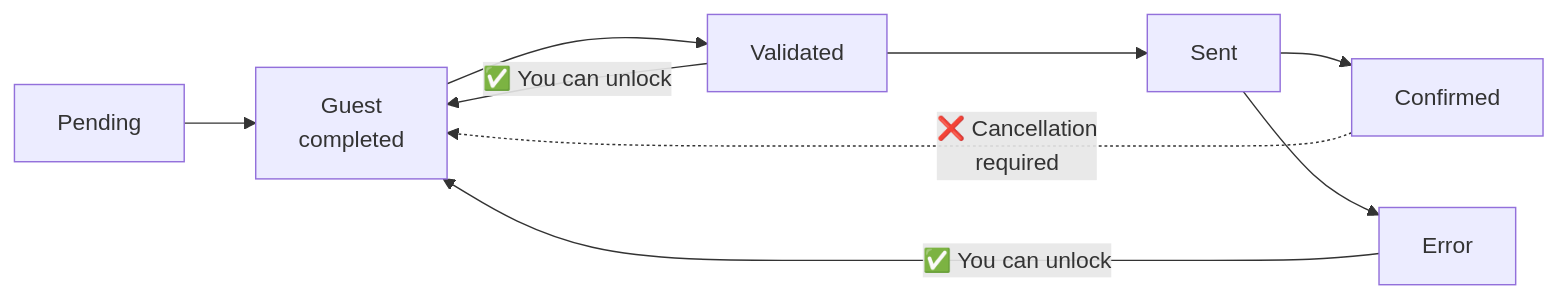
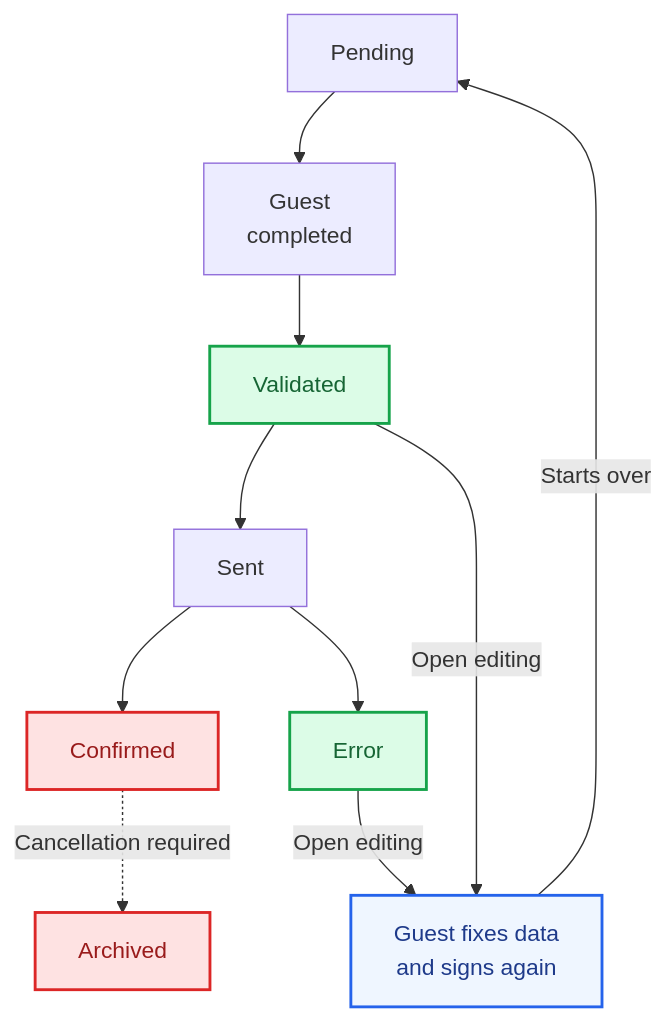
The diagram in docs/en/guide/admin-edit-lock-override.md (registroviajero/help), drawn with Mermaid before and after one commit. The commit also changed other lines of this file and 21 other files, not shown here.

````diff
--- a/docs/en/guide/admin-edit-lock-override.md
+++ b/docs/en/guide/admin-edit-lock-override.md
@@ -18,11 +18,20 @@
 ```mermaid
-flowchart LR
+flowchart TD
   P[Pending] --> CP[Guest<br/>completed]
   CP --> V[Validated]
-  V -- "✅ You can unlock" --> CP
   V --> S[Sent]
   S --> C[Confirmed]
   S --> ER[Error]
-  ER -- "✅ You can unlock" --> CP
-  C -. "❌ Cancellation<br/>required" .-> CP
+
+  V -->|Open editing| E[Guest fixes data<br/>and signs again]
+  ER -->|Open editing| E
+  E -->|Starts over| P
+  C -. Cancellation required .-> A[Archived]
+
+  classDef editable fill:#dcfce7,stroke:#16a34a,color:#166534,stroke-width:2px;
+  classDef locked fill:#fee2e2,stroke:#dc2626,color:#991b1b,stroke-width:2px;
+  classDef action fill:#eff6ff,stroke:#2563eb,color:#1e3a8a,stroke-width:2px;
+  class V,ER editable;
+  class C,A locked;
+  class E action;
 ```
````
